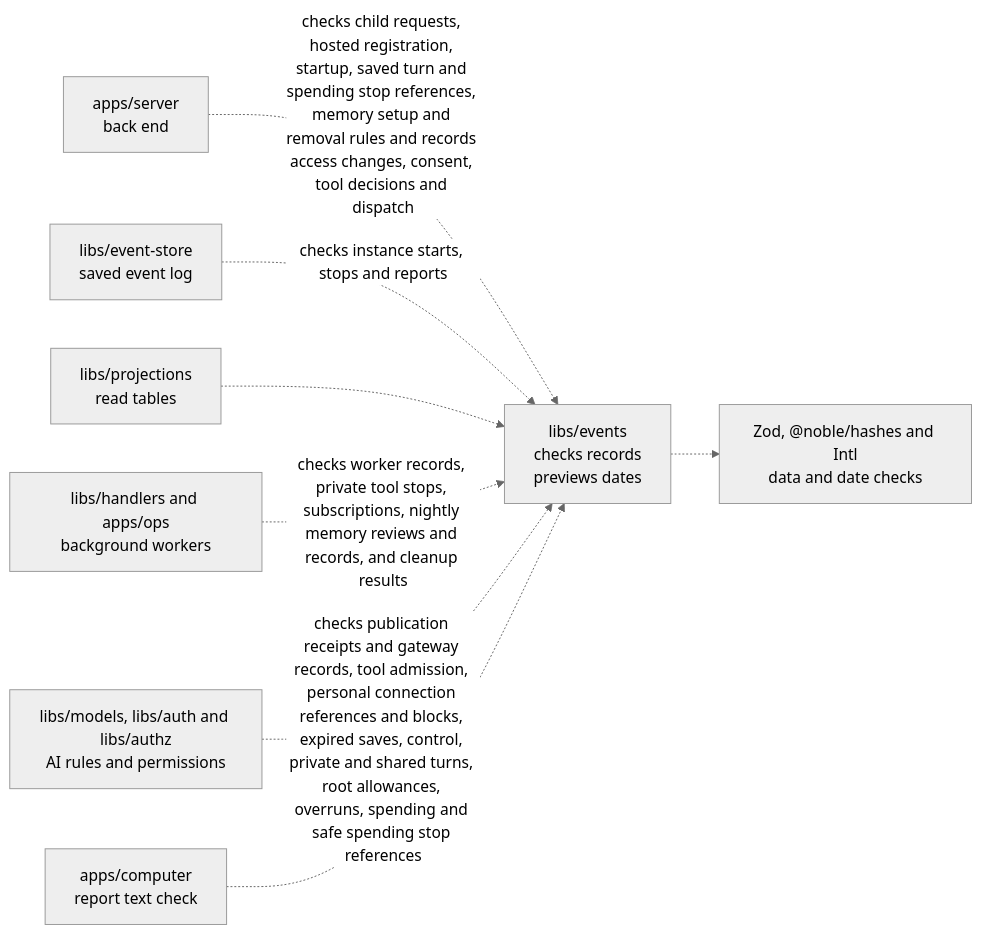
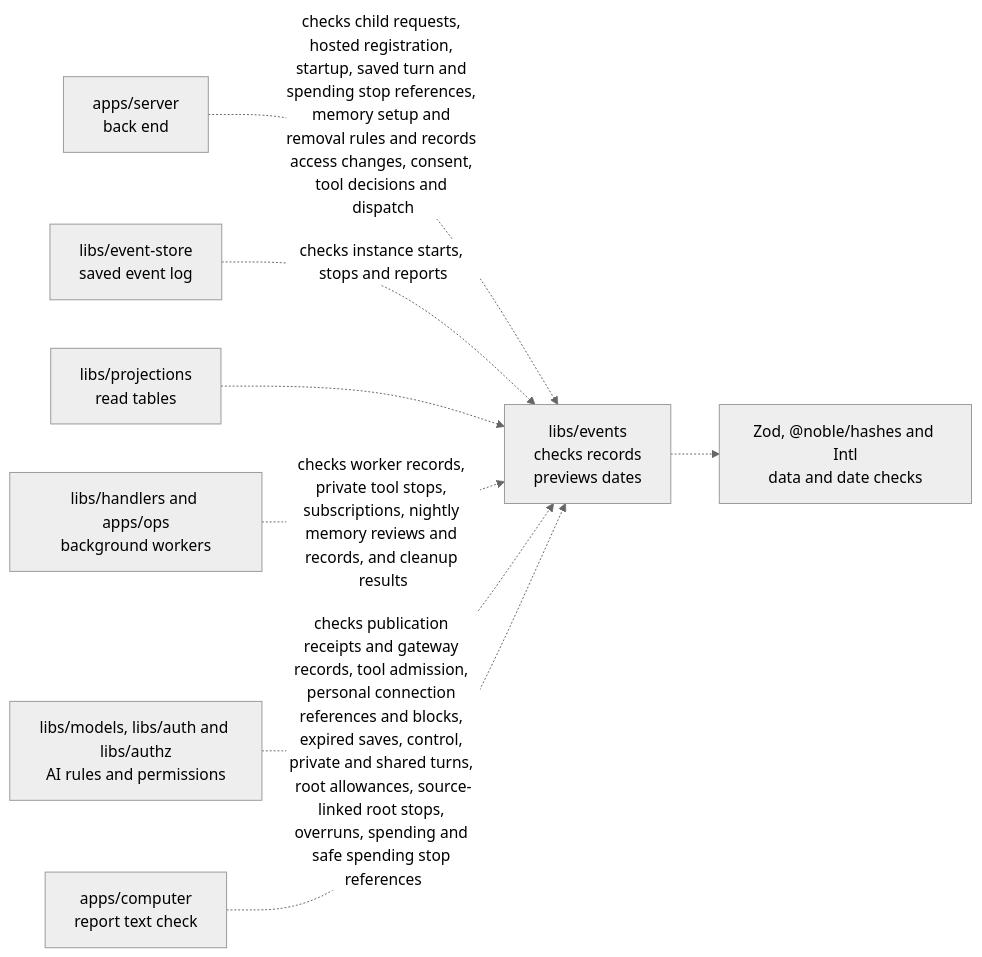
The diagram in libs/events/README.md (elewa-git/opencrane-new), drawn with Mermaid (neutral theme) before and after one commit. The commit also changed other lines of this file and 11 other files, not shown here.

First line of the commit message:
🛑 A child chat’s root stops for good when its requester stops it, its turn ends or their access is revoked, and each stop names its cause (#422)

````diff
--- a/libs/events/README.md
+++ b/libs/events/README.md
@@ -27,10 +27,10 @@
 ```mermaid
 flowchart LR
   server["apps/server<br/>back end"] -.->|checks child requests, hosted registration, startup, saved turn and spending stop references, memory setup and removal rules and records access changes, consent, tool decisions and dispatch| events["libs/events<br/>checks records<br/>previews dates"]
   store["libs/event-store<br/>saved event log"] -.->|checks instance starts, stops and reports| events
   projections["libs/projections<br/>read tables"] -.-> events
   workers["libs/handlers and apps/ops<br/>background workers"] -.->|checks worker records, private tool stops, subscriptions, nightly memory reviews and records, and cleanup results| events
-  others["libs/models, libs/auth and libs/authz<br/>AI rules and permissions"] -.->|checks publication receipts and gateway records, tool admission, personal connection references and blocks, expired saves, control, private and shared turns, root allowances, overruns, spending and safe spending stop references| events
+  others["libs/models, libs/auth and libs/authz<br/>AI rules and permissions"] -.->|checks publication receipts and gateway records, tool admission, personal connection references and blocks, expired saves, control, private and shared turns, root allowances, source-linked root stops, overruns, spending and safe spending stop references| events
   computer["apps/computer<br/>report text check"] -.-> events
   events -.-> checks["Zod, @noble/hashes and Intl<br/>data and date checks"]
 ```
````
